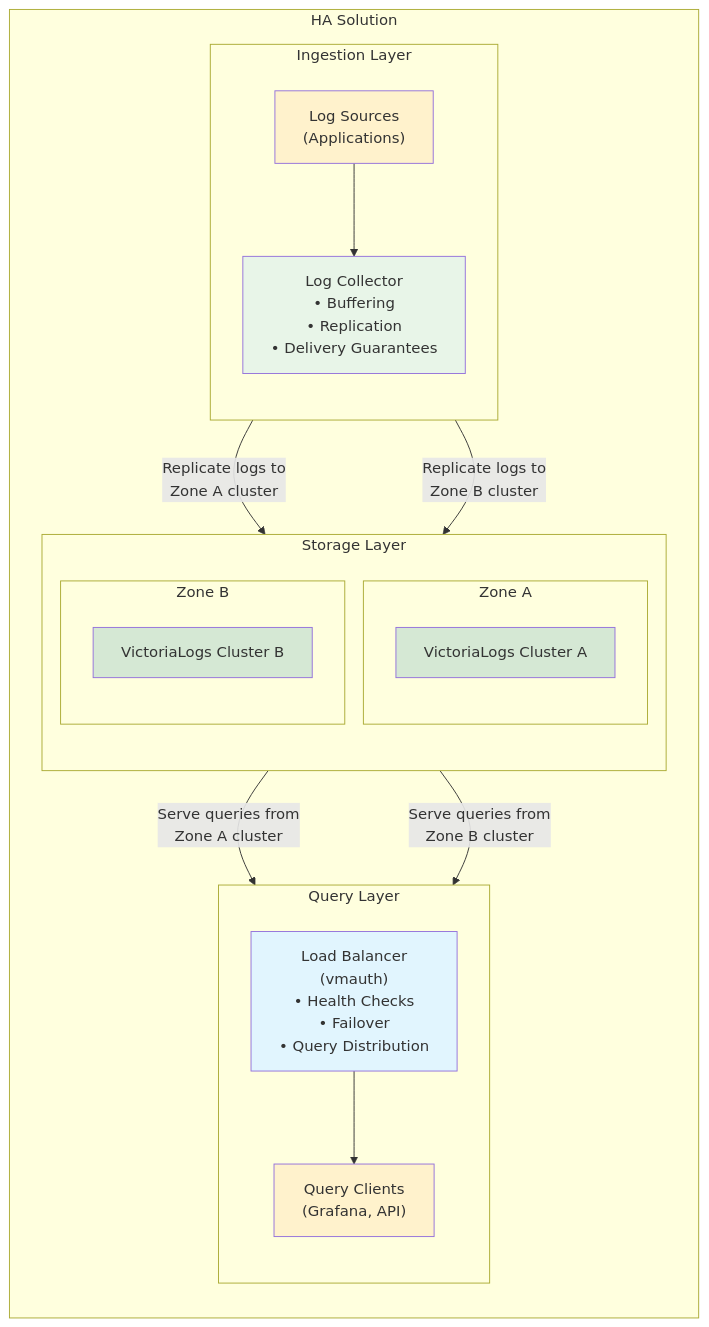
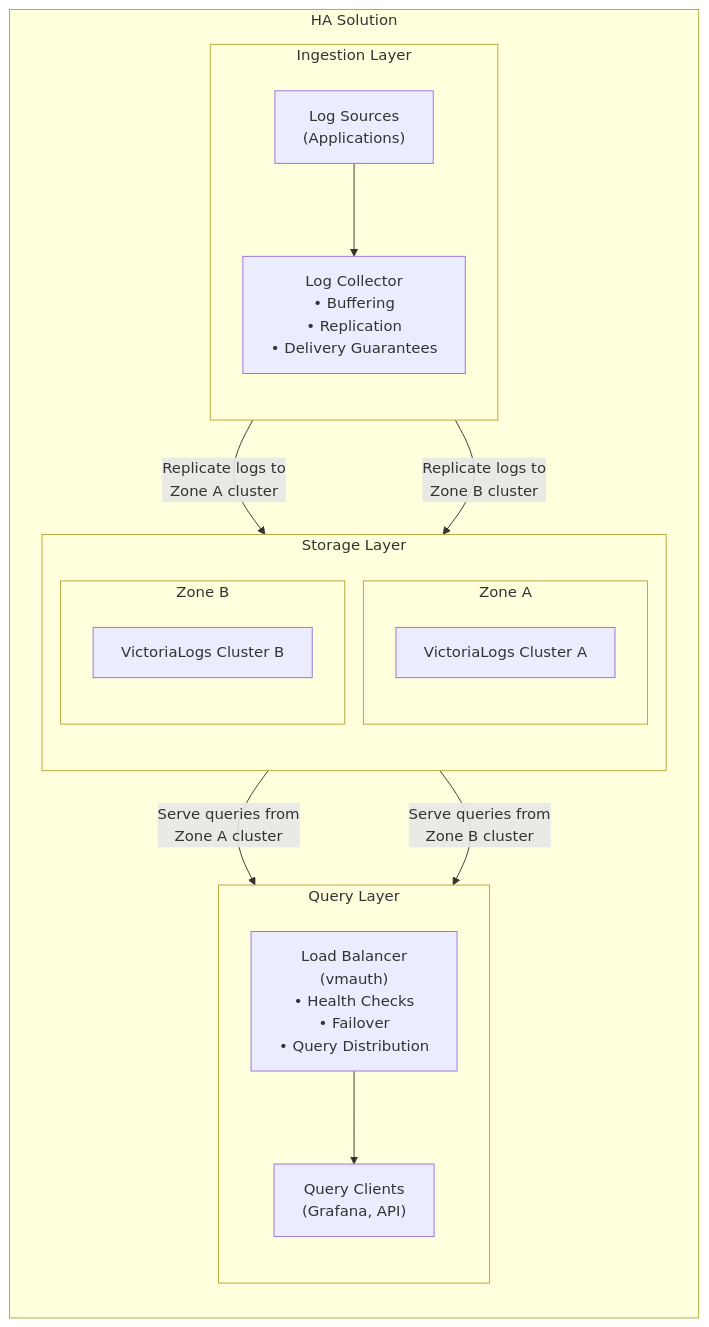
One commit to VictoriaMetrics/VictoriaLogs changed the third of 3 diagrams in docs/victorialogs/cluster.md. Above: the diagram before and after it, drawn with Mermaid.

Commit message:
remove colors

````diff
--- a/docs/victorialogs/cluster.md
+++ b/docs/victorialogs/cluster.md
@@ -133,44 +133,37 @@
 ```mermaid
 flowchart TB
   subgraph haSolution["HA Solution"]
     direction TB
 
     subgraph ingestion["Ingestion Layer"]
       direction TB
       LS["Log Sources<br/>(Applications)"]
       VLAGENT["Log Collector<br/>• Buffering<br/>• Replication<br/>• Delivery Guarantees"]
       LS --> VLAGENT
     end
 
     subgraph storage["Storage Layer"]
       direction TB
 
       subgraph zoneA["Zone A"]
         VLA["VictoriaLogs Cluster A"]
       end
 
       subgraph zoneB["Zone B"]
         VLB["VictoriaLogs Cluster B"]
       end
 
       VLAGENT -->|"Replicate logs to<br/>Zone A cluster"| VLA
       VLAGENT -->|"Replicate logs to<br/>Zone B cluster"| VLB
     end
 
     subgraph query["Query Layer"]
       direction TB
       LB["Load Balancer<br/>(vmauth)<br/>• Health Checks<br/>• Failover<br/>• Query Distribution"]
       QC["Query Clients<br/>(Grafana, API)"]
       VLA -->|"Serve queries from<br/>Zone A cluster"| LB
       VLB -->|"Serve queries from<br/>Zone B cluster"| LB
       LB --> QC
     end
   end
-
-style VLAGENT fill:#e8f5e8
-style VLA fill:#d5e8d4
-style VLB fill:#d5e8d4
-style LB fill:#e1f5fe
-style QC fill:#fff2cc
-style LS fill:#fff2cc
 ```
````
